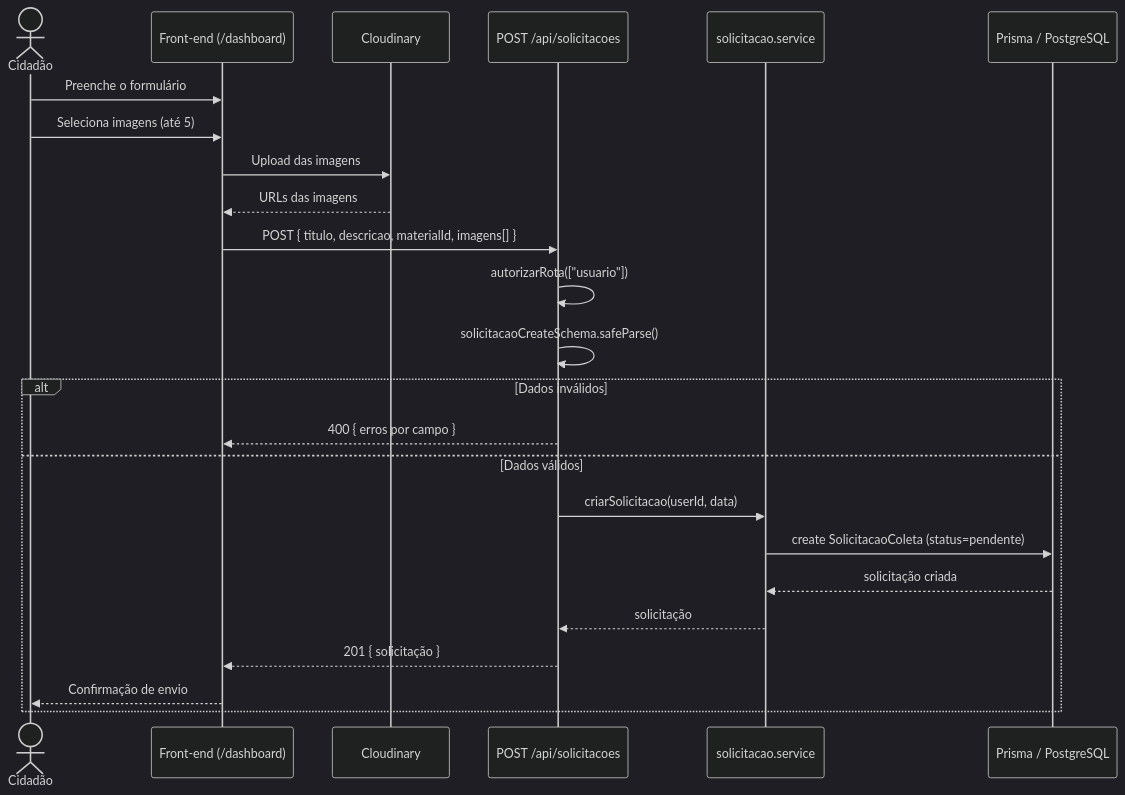
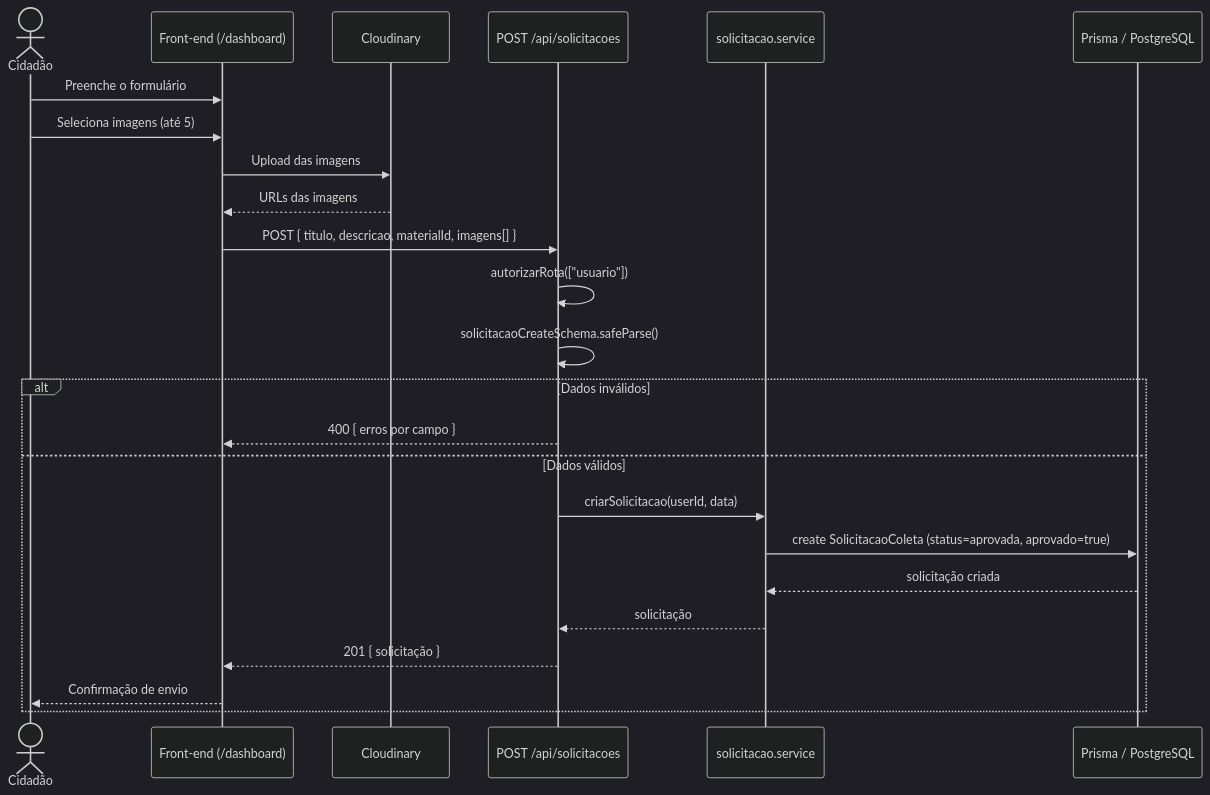
The first of 5 diagrams in docs/APENDICE-E-sequencia.md (lononeiro/olx-ecologico), drawn with Mermaid (dark theme) before and after one commit. The commit also changed other lines of this file and 53 other files, not shown here.

First line of the commit message:
docs(uml): revisao dos diagramas e sincronizacao docs/ com uml/

````diff
--- a/docs/APENDICE-E-sequencia.md
+++ b/docs/APENDICE-E-sequencia.md
@@ -12,27 +12,27 @@
 ```mermaid
 sequenceDiagram
     actor Cidadao as Cidadão
     participant UI as Front-end (/dashboard)
     participant CDN as Cloudinary
     participant API as POST /api/solicitacoes
     participant Svc as solicitacao.service
     participant DB as Prisma / PostgreSQL
 
     Cidadao->>UI: Preenche o formulário
     Cidadao->>UI: Seleciona imagens (até 5)
     UI->>CDN: Upload das imagens
     CDN-->>UI: URLs das imagens
     UI->>API: POST { titulo, descricao, materialId, imagens[] }
     API->>API: autorizarRota(["usuario"])
     API->>API: solicitacaoCreateSchema.safeParse()
     alt Dados inválidos
         API-->>UI: 400 { erros por campo }
     else Dados válidos
         API->>Svc: criarSolicitacao(userId, data)
-        Svc->>DB: create SolicitacaoColeta (status=pendente)
+        Svc->>DB: create SolicitacaoColeta (status=aprovada, aprovado=true)
         DB-->>Svc: solicitação criada
         Svc-->>API: solicitação
         API-->>UI: 201 { solicitação }
         UI-->>Cidadao: Confirmação de envio
     end
 ```
````
